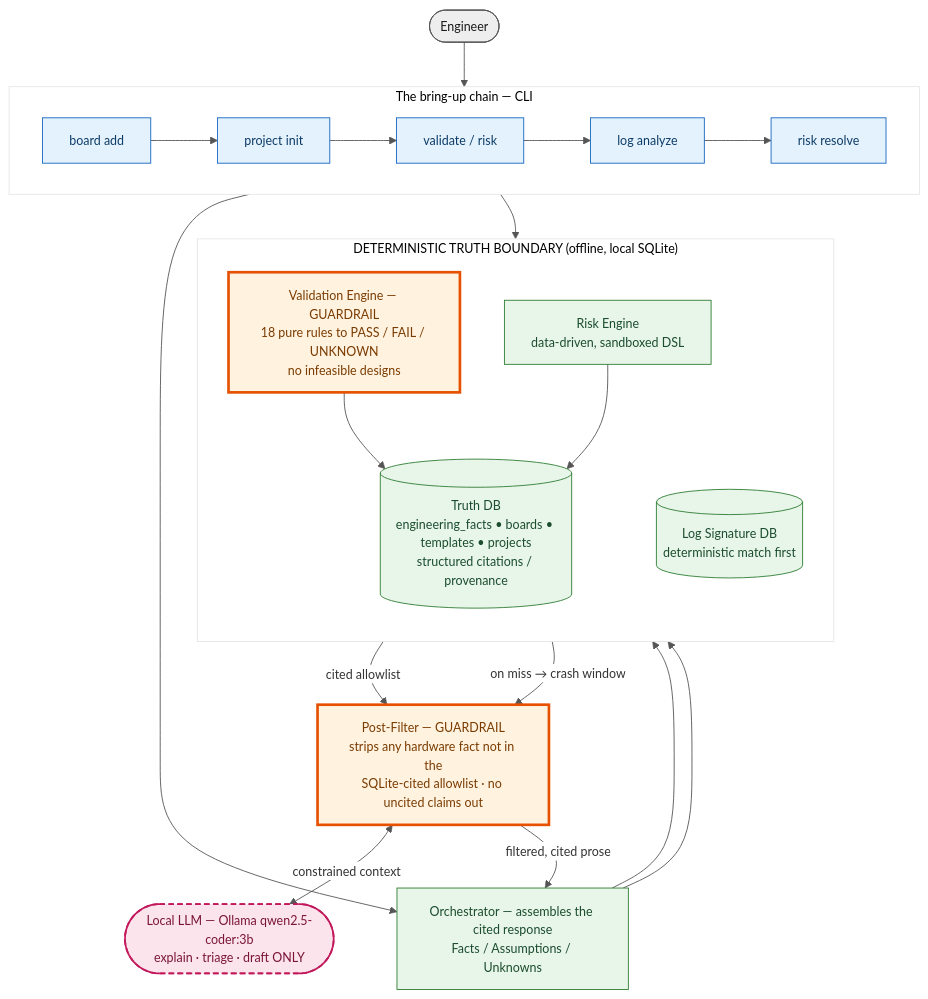
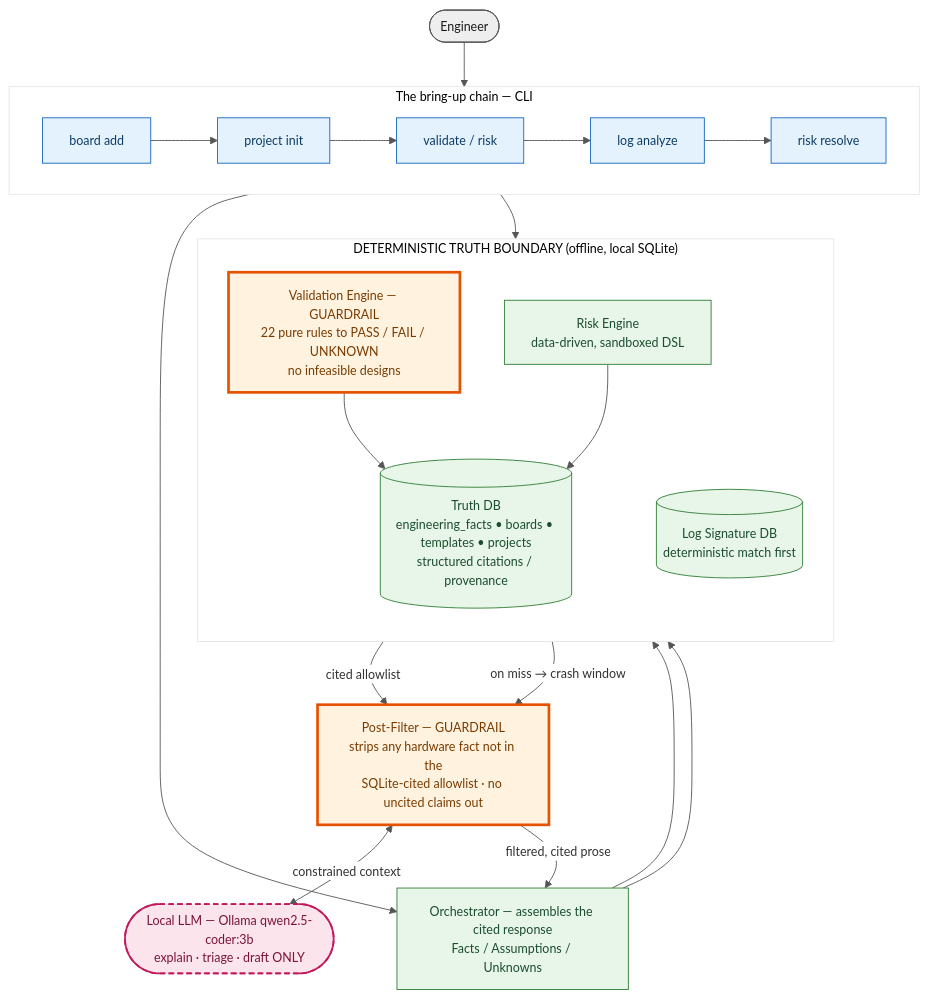
One commit to Ashut90/eaedk changed the diagram in docs/architecture.md. Above: the diagram before and after it, drawn with Mermaid. The commit also changed other lines of this file and 9 other files, not shown here.

First line of the commit message:
docs: embed flow diagrams in the Complete Guide + fix stale rule count

````diff
--- a/docs/architecture.md
+++ b/docs/architecture.md
@@ -24,43 +24,43 @@
 ```mermaid
 %%{init: {'theme':'base','themeVariables':{'background':'#ffffff','primaryColor':'#ffffff','lineColor':'#555555','fontSize':'14px','fontFamily':'sans-serif'}}}%%
 flowchart TB
     eng([Engineer]):::ext
 
     subgraph CHAIN["The bring-up chain — CLI"]
         direction LR
         c1[board add]:::cli --> c2[project init]:::cli --> c3[validate / risk]:::cli --> c4[log analyze]:::cli --> c5[risk resolve]:::cli
     end
     eng --> CHAIN
 
     ORCH["Orchestrator — assembles the cited response<br/>Facts / Assumptions / Unknowns"]:::core
 
     subgraph TRUTH["DETERMINISTIC TRUTH BOUNDARY (offline, local SQLite)"]
         direction TB
-        VE["Validation Engine — GUARDRAIL<br/>18 pure rules to PASS / FAIL / UNKNOWN<br/>no infeasible designs"]:::guard
+        VE["Validation Engine — GUARDRAIL<br/>22 pure rules to PASS / FAIL / UNKNOWN<br/>no infeasible designs"]:::guard
         RE["Risk Engine<br/>data-driven, sandboxed DSL"]:::core
         SIG[("Log Signature DB<br/>deterministic match first")]:::db
         DB[("Truth DB<br/>engineering_facts • boards • templates • projects<br/>structured citations / provenance")]:::db
     end
 
     CHAIN --> ORCH
     ORCH --> VE
     ORCH --> RE
     c4 --> SIG
     VE --> DB
     RE --> DB
 
     PF["Post-Filter — GUARDRAIL<br/>strips any hardware fact not in the<br/>SQLite-cited allowlist · no uncited claims out"]:::guard
     LLM([Local LLM — Ollama qwen2.5-coder:3b<br/>explain · triage · draft ONLY]):::llm
 
     DB -->|"cited allowlist"| PF
     SIG -->|"on miss → crash window"| PF
     PF <-->|"constrained context"| LLM
     PF -->|"filtered, cited prose"| ORCH
 
     classDef ext fill:#eeeeee,stroke:#555555,color:#1a1a1a;
     classDef cli fill:#e3f2fd,stroke:#1565c0,color:#0d3b66;
     classDef db fill:#e8f5e9,stroke:#2e7d32,color:#1b4d2e;
     classDef core fill:#e8f5e9,stroke:#2e7d32,color:#1b4d2e;
     classDef guard fill:#fff3e0,stroke:#e65100,stroke-width:3px,color:#7a3b00;
     classDef llm fill:#fce4ec,stroke:#c2185b,stroke-width:2px,stroke-dasharray:6 4,color:#7a1438;
 ```
````
